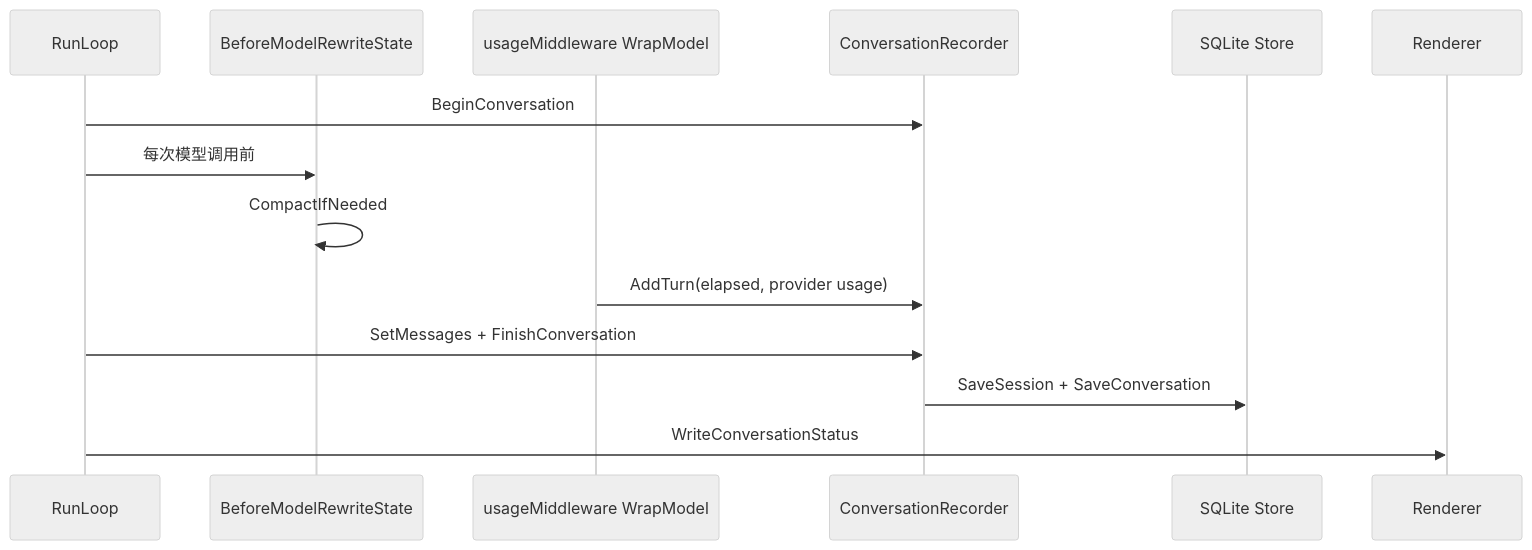
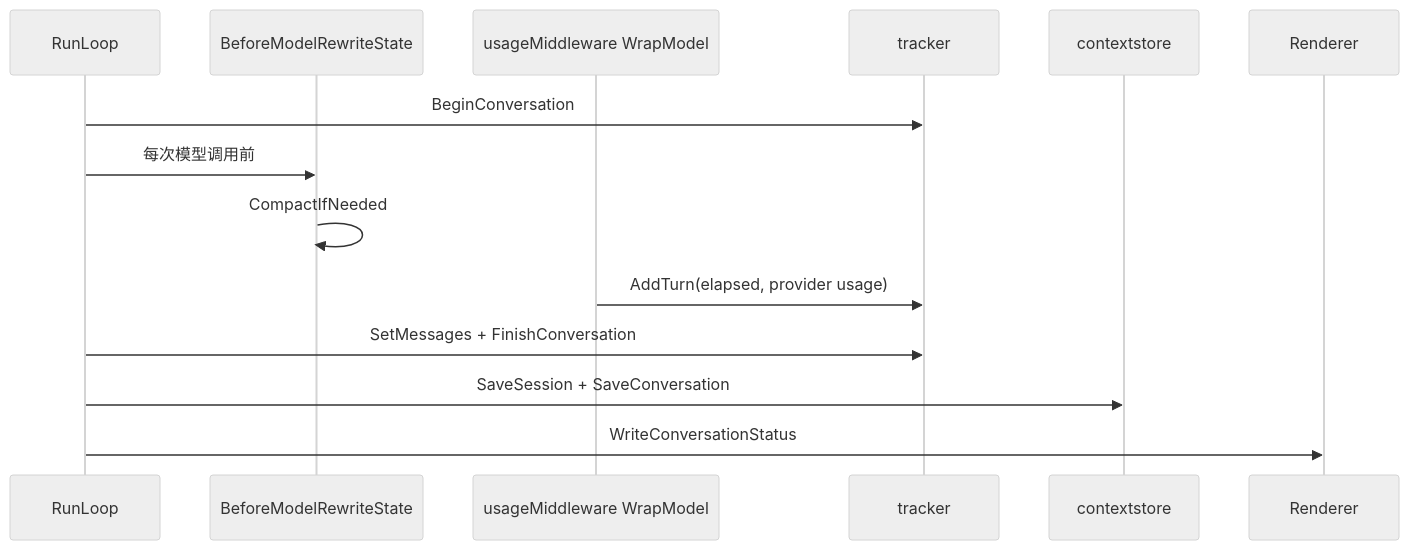
One commit to HappyLadySauce/HappyLadySauceCLI changed the third of 4 diagrams in docs/context/fine-grained-context-architecture.md. Above: the diagram before and after it, drawn with Mermaid (neutral theme). The commit also changed other lines of this file and 20 other files, not shown here.

````diff
--- a/docs/context/fine-grained-context-architecture.md
+++ b/docs/context/fine-grained-context-architecture.md
@@ -185,17 +185,17 @@
 ```mermaid
 sequenceDiagram
     participant RL as RunLoop
     participant BMR as BeforeModelRewriteState
     participant WM as usageMiddleware WrapModel
-    participant CR as ConversationRecorder
-    participant DB as SQLite Store
+    participant TR as tracker
+    participant DB as contextstore
     participant R as Renderer
 
-    RL->>CR: BeginConversation
+    RL->>TR: BeginConversation
     RL->>BMR: 每次模型调用前
     BMR->>BMR: CompactIfNeeded
-    WM->>CR: AddTurn(elapsed, provider usage)
-    RL->>CR: SetMessages + FinishConversation
-    CR->>DB: SaveSession + SaveConversation
+    WM->>TR: AddTurn(elapsed, provider usage)
+    RL->>TR: SetMessages + FinishConversation
+    RL->>DB: SaveSession + SaveConversation
     RL->>R: WriteConversationStatus
 ```
````
